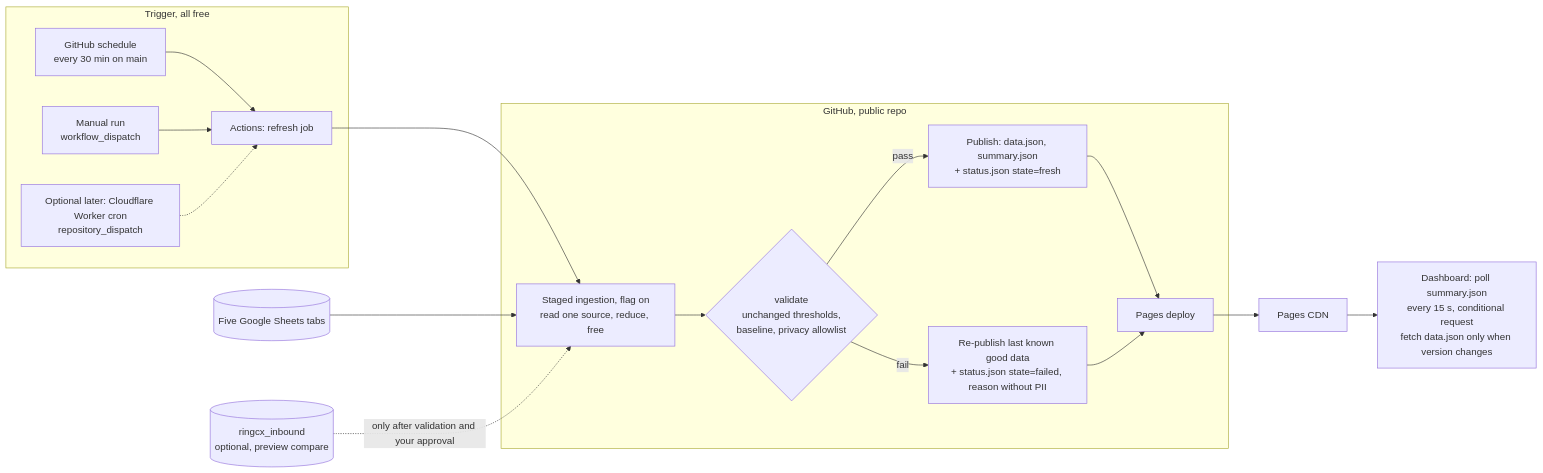
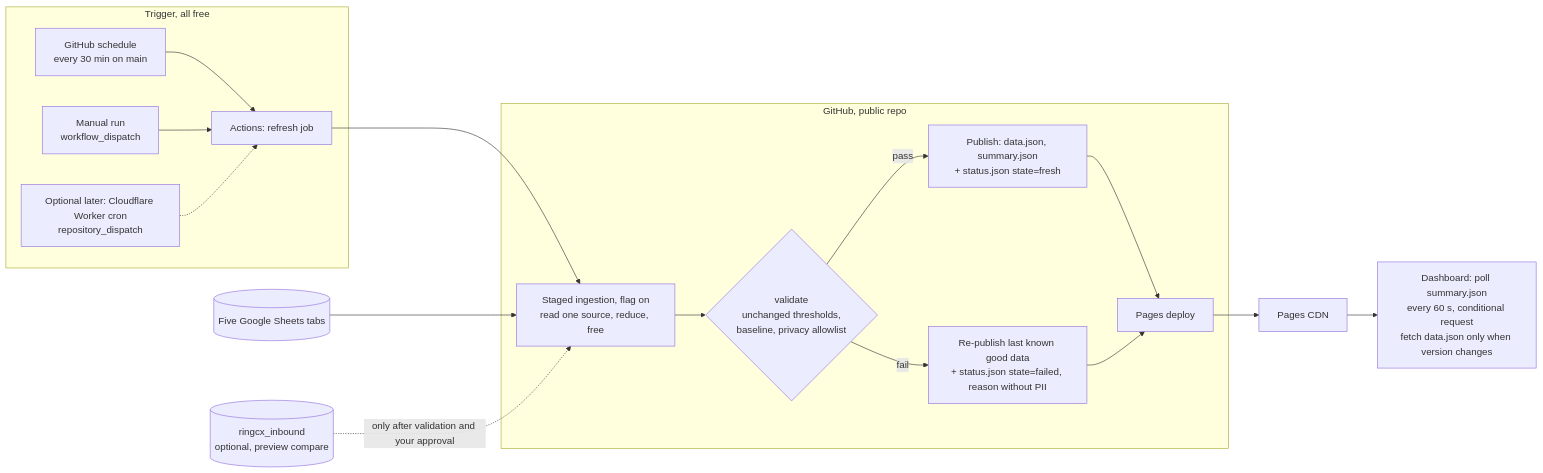
Before and after one commit to asiaph03/bff-transfers-report: the second of 2 diagrams in docs/architecture_recommendation.md, drawn with Mermaid. The commit also changed other lines of this file and 2 other files, not shown here.

First line of the commit message:
docs: clarify dashboard polling and caching

````diff
--- a/docs/architecture_recommendation.md
+++ b/docs/architecture_recommendation.md
@@ -161,20 +161,20 @@
 ```mermaid
 flowchart LR
   subgraph Trigger[Trigger, all free]
     CR[GitHub schedule\nevery 30 min on main] --> GA
     MAN[Manual run\nworkflow_dispatch] --> GA
     CW[Optional later: Cloudflare Worker cron\nrepository_dispatch] -.-> GA
   end
   subgraph GitHub[GitHub, public repo]
     GA[Actions: refresh job] --> ST[Staged ingestion, flag on\nread one source, reduce, free]
     ST --> VAL{validate\nunchanged thresholds,\nbaseline, privacy allowlist}
     VAL -->|pass| NEW[Publish: data.json, summary.json\n+ status.json state=fresh]
     VAL -->|fail| LKG[Re-publish last known good data\n+ status.json state=failed, reason without PII]
     NEW --> PG[Pages deploy]
     LKG --> PG
   end
   S[(Five Google Sheets tabs)] --> ST
   PG --> CDN[Pages CDN]
-  CDN --> B[Dashboard: poll summary.json\nevery 15 s, conditional request\nfetch data.json only when version changes]
+  CDN --> B[Dashboard: poll summary.json\nevery 60 s, conditional request\nfetch data.json only when version changes]
   RDS[(ringcx_inbound\noptional, preview compare)] -. only after validation and your approval .-> ST
 ```
````
